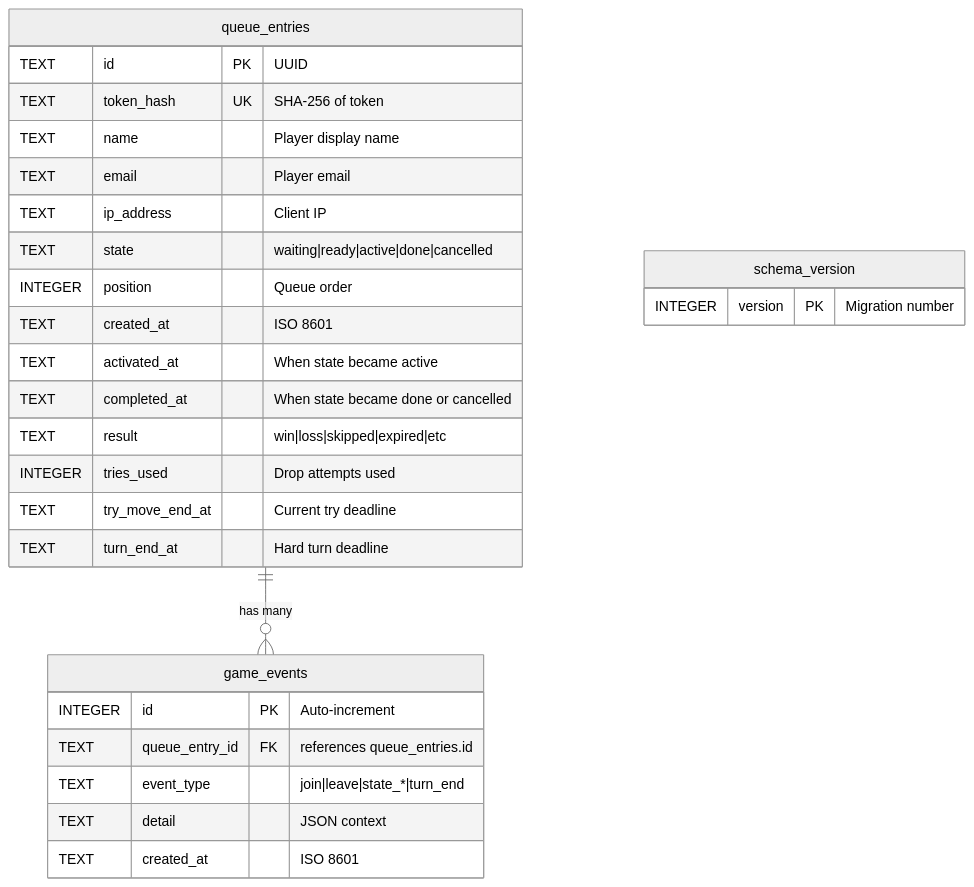
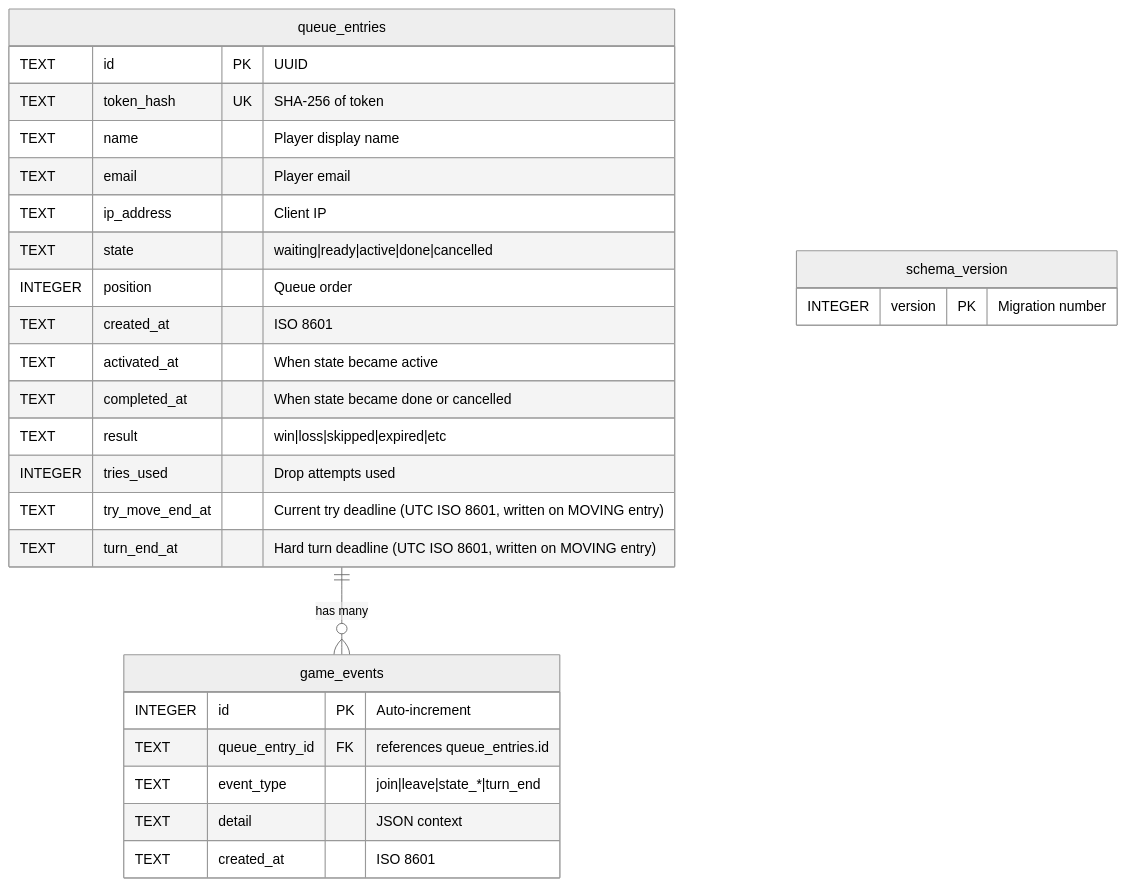
The ninth of 12 diagrams in docs/queue-flow.md (morroware/ECLAW), drawn with Mermaid (neutral theme) before and after one commit. The commit also changed other lines of this file and 2 other files, not shown here.

````diff
--- a/docs/queue-flow.md
+++ b/docs/queue-flow.md
@@ -515,33 +557,33 @@
 ```mermaid
 erDiagram
     queue_entries {
         TEXT id PK "UUID"
         TEXT token_hash UK "SHA-256 of token"
         TEXT name "Player display name"
         TEXT email "Player email"
         TEXT ip_address "Client IP"
         TEXT state "waiting|ready|active|done|cancelled"
         INTEGER position "Queue order"
         TEXT created_at "ISO 8601"
         TEXT activated_at "When state became active"
         TEXT completed_at "When state became done or cancelled"
         TEXT result "win|loss|skipped|expired|etc"
         INTEGER tries_used "Drop attempts used"
-        TEXT try_move_end_at "Current try deadline"
-        TEXT turn_end_at "Hard turn deadline"
+        TEXT try_move_end_at "Current try deadline (UTC ISO 8601, written on MOVING entry)"
+        TEXT turn_end_at "Hard turn deadline (UTC ISO 8601, written on MOVING entry)"
     }
 
     game_events {
         INTEGER id PK "Auto-increment"
         TEXT queue_entry_id FK "references queue_entries.id"
         TEXT event_type "join|leave|state_*|turn_end"
         TEXT detail "JSON context"
         TEXT created_at "ISO 8601"
     }
 
     schema_version {
         INTEGER version PK "Migration number"
     }
 
     queue_entries ||--o{ game_events : "has many"
 ```
````
